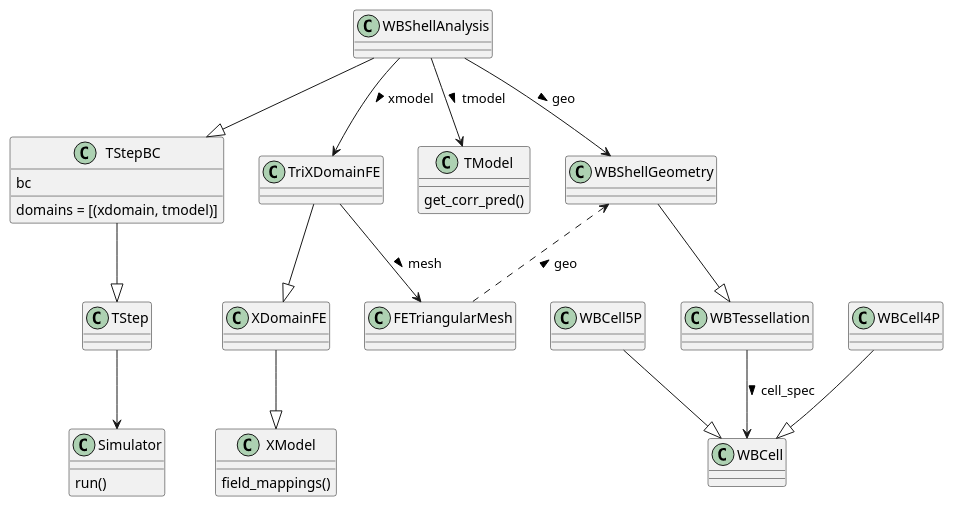
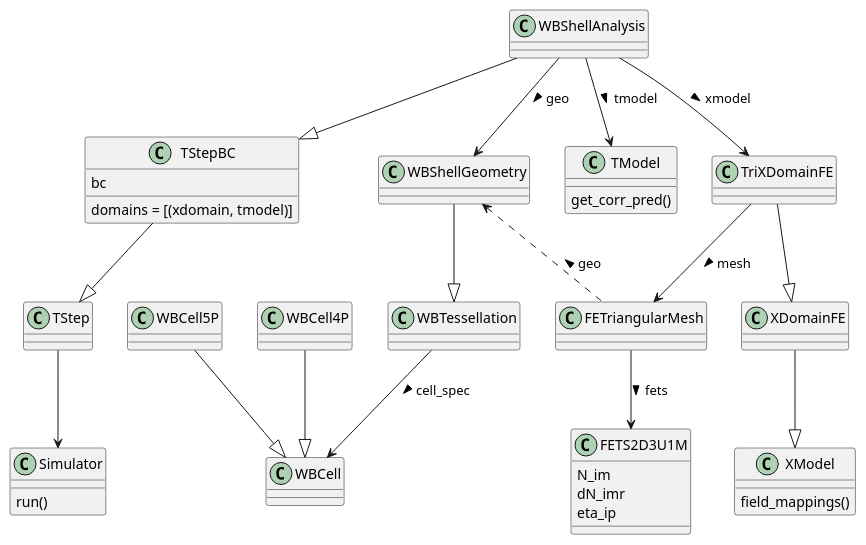
The diagram in bmcs_shell/folding/class_diagram.puml (bmcs-group/bmcs_shell), drawn with PlantUML before and after one commit. The commit also changed 7 other files, not shown here.

```diff
--- a/bmcs_shell/folding/class_diagram.puml
+++ b/bmcs_shell/folding/class_diagram.puml
@@ -1,72 +1,80 @@
 @startuml
 'https://plantuml.com/class-diagram
+
+class FETS2D3U1M{
+N_im
+dN_imr
+eta_ip
+}
+
+FETriangularMesh --> FETS2D3U1M : fets >
 
 class Simulator {
  run()
 }
 
 TStep --> Simulator
 
 class TStep {
 }
 
 TStepBC --|> TStep
 
 class TStepBC {
     domains = [(xdomain, tmodel)]
     bc
 }
 
 WBShellAnalysis --|> TStepBC
 
 class WBCell {
 }
 
 class WBCell4P{
 }
 
 class WBCell5P{
 }
 
 WBCell4P --|> WBCell
 
 WBCell5P --|> WBCell
 
 class WBTessellation {
 
 }
 
 WBTessellation --> WBCell: cell_spec >
 
 class FETriangularMesh{
 }
 
 class WBShellGeometry{
 }
 
 WBShellGeometry --|> WBTessellation
 
 WBShellGeometry <.. FETriangularMesh : geo <
 
 
 class TModel {
     get_corr_pred()
 }
 
 class XModel{
     field_mappings()
 }
 
 class TriXDomainFE{
 }
 
 XDomainFE --|> XModel
 TriXDomainFE --|> XDomainFE
 
 TriXDomainFE --> FETriangularMesh : mesh >
 
 WBShellAnalysis --> WBShellGeometry : geo >
 WBShellAnalysis --> TModel : tmodel >
 WBShellAnalysis --> TriXDomainFE : xmodel >
 
 @enduml
```
